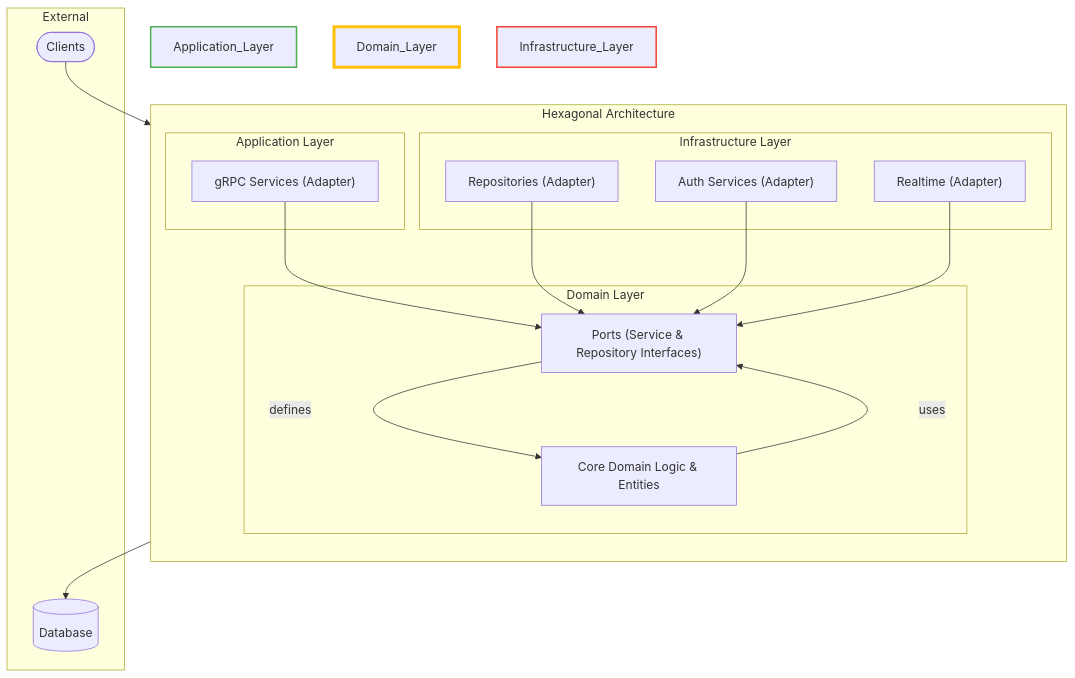
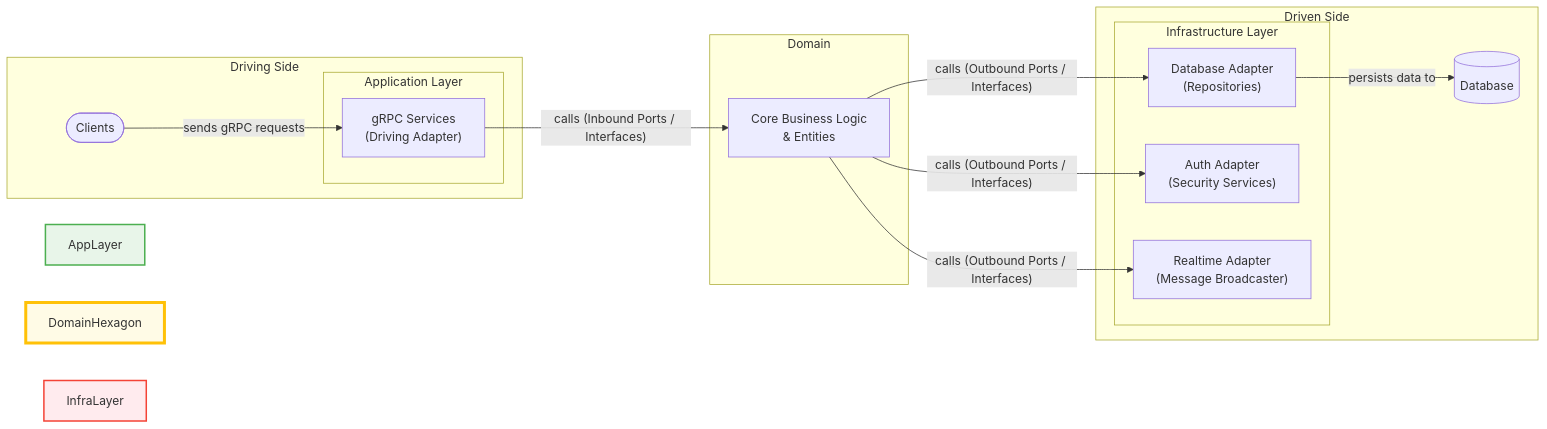
One commit to konarjg/chat-server changed the diagram in README.md. Above: the diagram before and after it, drawn with Mermaid. The commit also changed other lines of this file, not shown here.

Commit message:
Clarify architecture details in README
Updated the architecture section to clarify the roles of the Domain, Application, and Infrastructure layers, including the definitions of inbound and outbound ports.

````diff
--- a/README.md
+++ b/README.md
@@ -17,35 +17,37 @@
 ```mermaid
-graph TB
-  subgraph "Hexagonal Architecture"
-    direction TB
-    subgraph "Application Layer"
-        style Application_Layer stroke:#4CAF50,stroke-width:2px
-        GRPC["gRPC Services (Adapter)"]
+graph LR
+
+    subgraph "Driving Side"
+        Clients(["Clients"])
+        subgraph "Application Layer"
+            style AppLayer stroke:#4CAF50,stroke-width:2px,fill:#e8f5e9
+            GRPC["gRPC Services <br/> (Driving Adapter)"]
+        end
     end
-    subgraph "Domain Layer"
-        style Domain_Layer stroke:#FFC107,stroke-width:4px
-        Ports["Ports (Service & Repository Interfaces)"]
-        Domain["Core Domain Logic & Entities"]
+
+    subgraph "Domain"
+         style DomainHexagon stroke:#FFC107,stroke-width:4px,fill:#fffbe6
+         Core["Core Business Logic <br/> & Entities"]
     end
-    subgraph "Infrastructure Layer"
-        style Infrastructure_Layer stroke:#F44336,stroke-width:2px
-        Repos["Repositories (Adapter)"]
-        Auth["Auth Services (Adapter)"]
-        Realtime["Realtime (Adapter)"]
+
+    subgraph "Driven Side"
+        subgraph "Infrastructure Layer"
+             style InfraLayer stroke:#F44336,stroke-width:2px,fill:#ffebee
+             DB_Adapter["Database Adapter <br/> (Repositories)"]
+             Auth_Adapter["Auth Adapter <br/> (Security Services)"]
+             Realtime_Adapter["Realtime Adapter <br/> (Message Broadcaster)"]
+        end
+        Database[(Database)]
     end
-  end
 
-  subgraph "External"
-    Clients(["Clients"])
-    DB[(Database)]
-  end
+    %% Connections show flow of control
+    Clients -- "sends gRPC requests" --> GRPC
 
-  Clients --> GRPC
-  GRPC --> Ports
-  Ports -- defines --> Domain
-  Domain -- uses --> Ports
-  Repos --> Ports
-  Auth --> Ports
-  Realtime --> Ports
-  Repos --> DB
+    GRPC -- "calls (Inbound Ports / Interfaces)" --> Core
+
+    Core -- "calls (Outbound Ports / Interfaces)" --> DB_Adapter
+    Core -- "calls (Outbound Ports / Interfaces)" --> Auth_Adapter
+    Core -- "calls (Outbound Ports / Interfaces)" --> Realtime_Adapter
+
+    DB_Adapter -- "persists data to" --> Database
 ```
````
